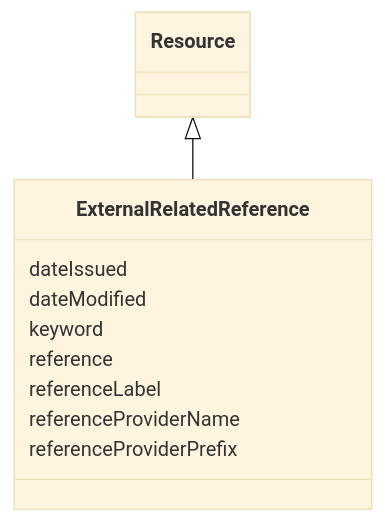
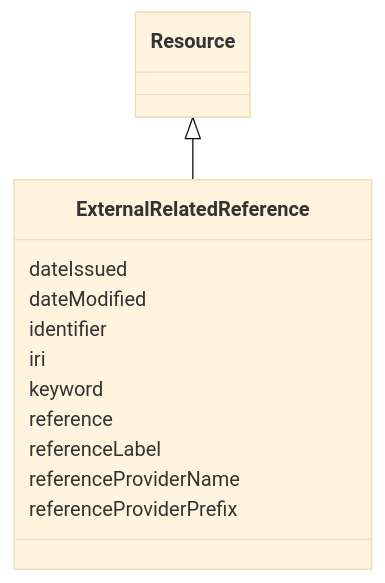
The diagram in models/docs/ExternalRelatedReference.md (EVORA-project/evora-ontology), drawn with Mermaid (base theme) before and after one commit. The commit also changed other lines of this file and 391 other files, not shown here.

````diff
--- a/models/docs/ExternalRelatedReference.md
+++ b/models/docs/ExternalRelatedReference.md
@@ -19,23 +19,27 @@
 ```mermaid
  classDiagram
     class ExternalRelatedReference
     click ExternalRelatedReference href "../ExternalRelatedReference"
       Resource <|-- ExternalRelatedReference
         click Resource href "../Resource"
       
       ExternalRelatedReference : dateIssued
         
       ExternalRelatedReference : dateModified
+        
+      ExternalRelatedReference : identifier
+        
+      ExternalRelatedReference : iri
         
       ExternalRelatedReference : keyword
         
       ExternalRelatedReference : reference
         
       ExternalRelatedReference : referenceLabel
         
       ExternalRelatedReference : referenceProviderName
         
       ExternalRelatedReference : referenceProviderPrefix
         
       
 ```
````
